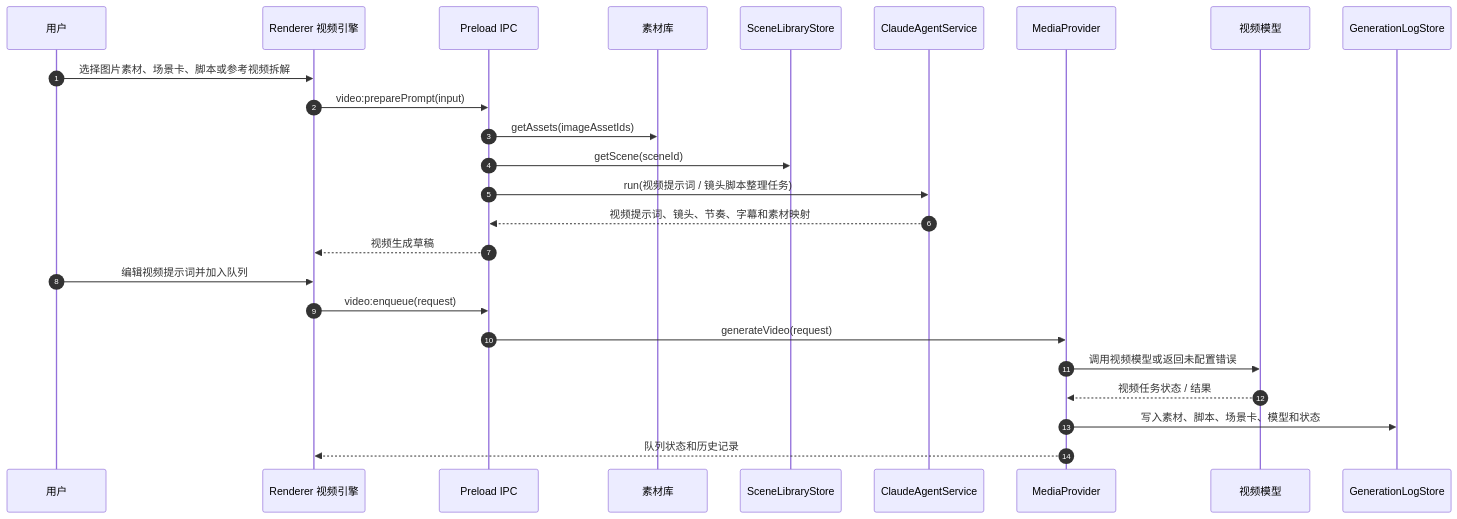
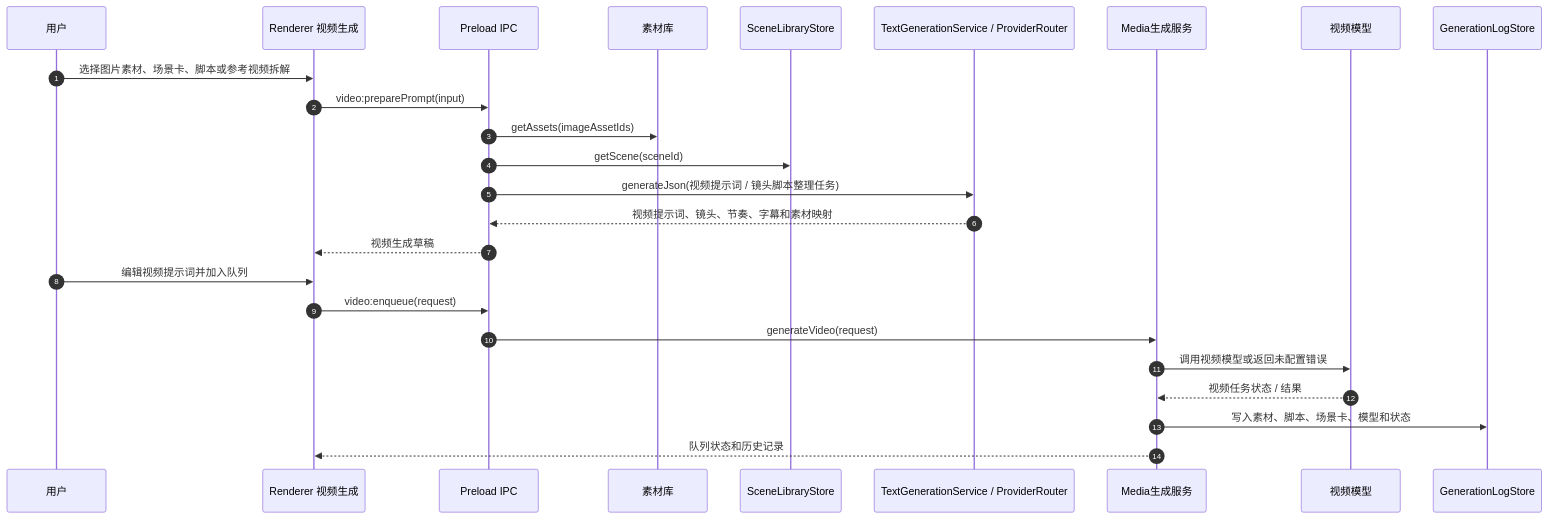
One commit to limecloud/content-studio changed the sixth of 8 diagrams in docs/roadmap/v1/architecture-diagrams.md. Above: the diagram before and after it, drawn with Mermaid. The commit also changed other lines of this file and 51 other files, not shown here.

````diff
--- a/docs/roadmap/v1/architecture-diagrams.md
+++ b/docs/roadmap/v1/architecture-diagrams.md
@@ -235,28 +242,28 @@
 ```mermaid
 sequenceDiagram
   autonumber
   participant U as 用户
-  participant R as Renderer 视频引擎
+  participant R as Renderer 视频生成
   participant P as Preload IPC
   participant A as 素材库
   participant SC as SceneLibraryStore
-  participant C as ClaudeAgentService
-  participant M as MediaProvider
+  participant T as TextGenerationService / ProviderRouter
+  participant M as Media生成服务
   participant V as 视频模型
   participant L as GenerationLogStore
 
   U->>R: 选择图片素材、场景卡、脚本或参考视频拆解
   R->>P: video:preparePrompt(input)
   P->>A: getAssets(imageAssetIds)
   P->>SC: getScene(sceneId)
-  P->>C: run(视频提示词 / 镜头脚本整理任务)
-  C-->>P: 视频提示词、镜头、节奏、字幕和素材映射
+  P->>T: generateJson(视频提示词 / 镜头脚本整理任务)
+  T-->>P: 视频提示词、镜头、节奏、字幕和素材映射
   P-->>R: 视频生成草稿
   U->>R: 编辑视频提示词并加入队列
   R->>P: video:enqueue(request)
   P->>M: generateVideo(request)
   M->>V: 调用视频模型或返回未配置错误
   V-->>M: 视频任务状态 / 结果
   M->>L: 写入素材、脚本、场景卡、模型和状态
   M-->>R: 队列状态和历史记录
 ```
````
